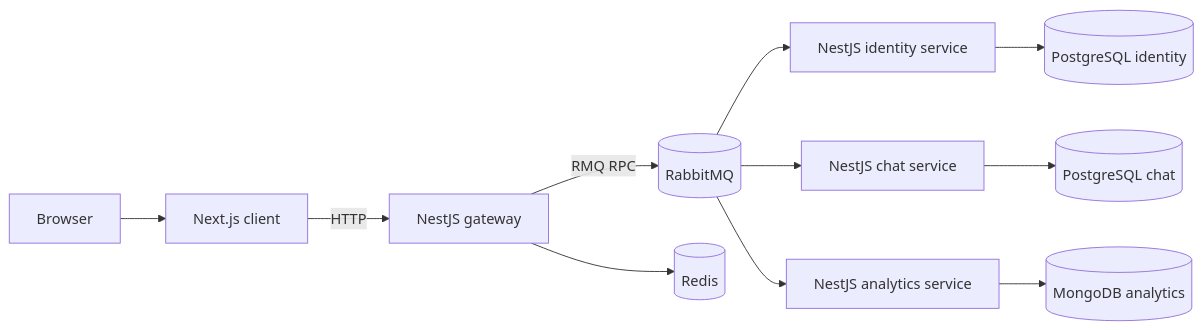
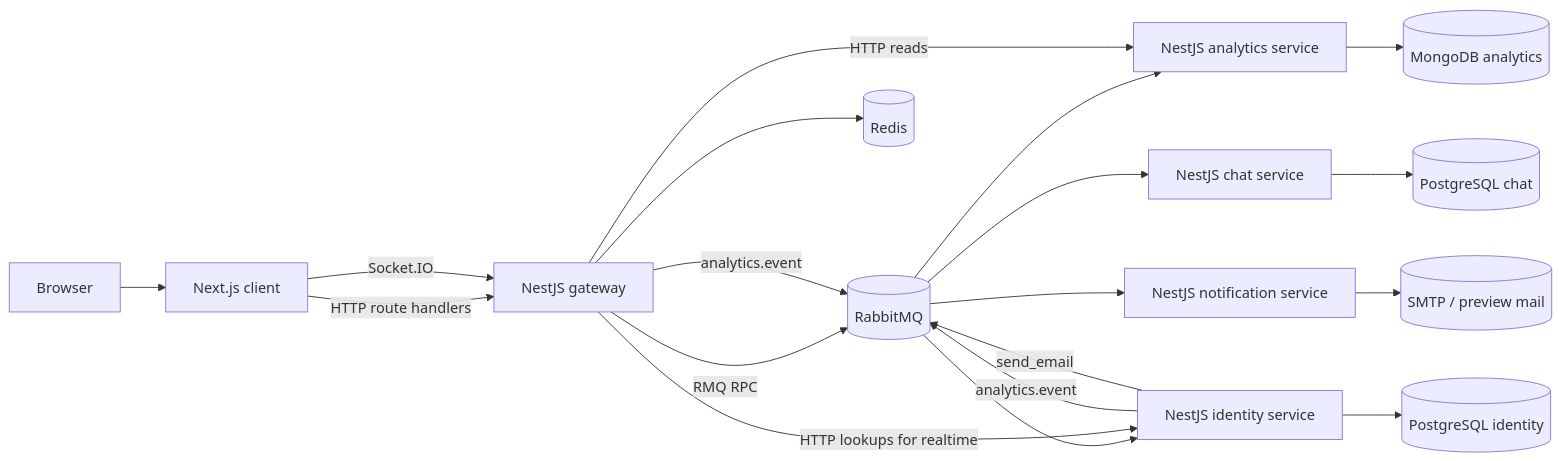
One commit to eamtcPROG/DASI changed the first of 7 diagrams in docs/architecture.md. Above: the diagram before and after it, drawn with Mermaid. The commit also changed other lines of this file and 1 other file, not shown here.

Commit message:
docs: refresh architecture and project presentation

````diff
--- a/docs/architecture.md
+++ b/docs/architecture.md
@@ -7,27 +20,39 @@
 ```mermaid
 flowchart LR
     Browser[Browser]
     Client[Next.js client]
     Gateway[NestJS gateway]
     Identity[NestJS identity service]
     Chat[NestJS chat service]
     Analytics[NestJS analytics service]
+    Notification[NestJS notification service]
     RabbitMQ[(RabbitMQ)]
     Redis[(Redis)]
     IdentityDB[(PostgreSQL identity)]
     ChatDB[(PostgreSQL chat)]
     AnalyticsDB[(MongoDB analytics)]
+    SMTP[(SMTP / preview mail)]
 
     Browser --> Client
-    Client -->|HTTP| Gateway
+    Client -->|HTTP route handlers| Gateway
+    Client -->|Socket.IO| Gateway
 
     Gateway -->|RMQ RPC| RabbitMQ
     RabbitMQ --> Identity
     RabbitMQ --> Chat
     RabbitMQ --> Analytics
+    RabbitMQ --> Notification
 
+    Gateway -->|HTTP reads| Analytics
+    Gateway -->|HTTP lookups for realtime| Identity
     Gateway --> Redis
+
     Identity --> IdentityDB
     Chat --> ChatDB
     Analytics --> AnalyticsDB
+    Notification --> SMTP
+
+    Identity -->|analytics.event| RabbitMQ
+    Identity -->|send_email| RabbitMQ
+    Gateway -->|analytics.event| RabbitMQ
 ```
````
